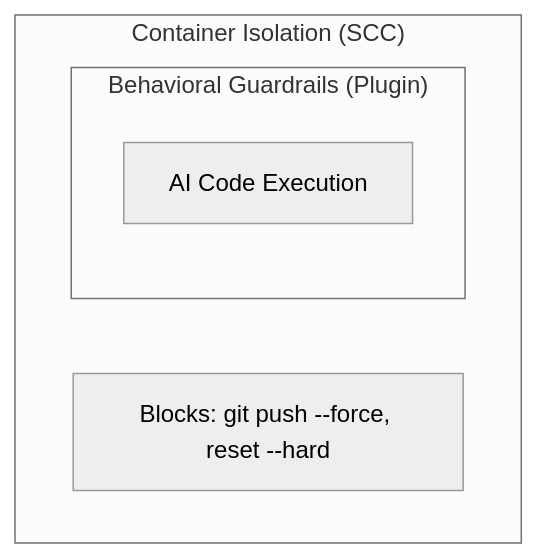
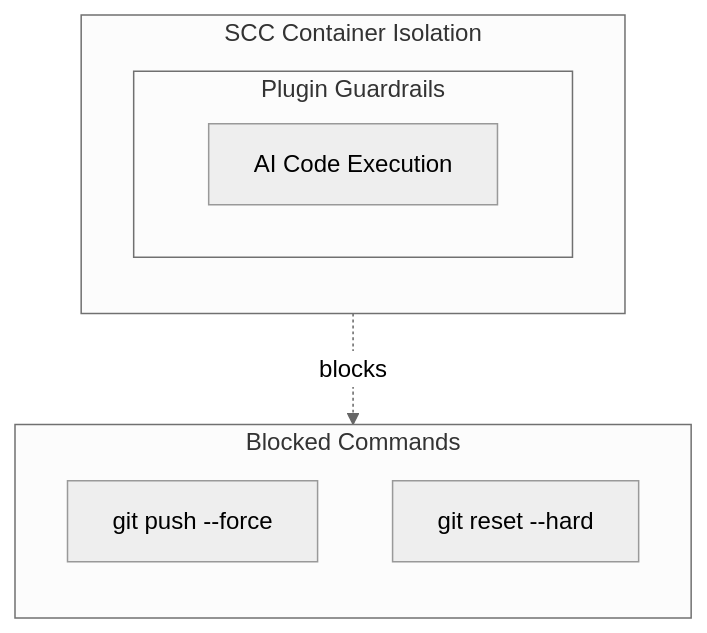
One commit to CCimen/sandboxed-code-plugins changed the diagram in README.md. Above: the diagram before and after it, drawn with Mermaid (neutral theme).

Commit message:
docs: improve defense-in-depth Mermaid diagram
- Use nested subgraphs to show layered wrapping
- Remove emojis for professional aesthetic
- Blocked commands in separate subgraph with individual nodes
- TB flow visualizes containment hierarchy
- Theme-safe: relies on GitHub defaults

````diff
--- a/README.md
+++ b/README.md
@@ -86,9 +86,17 @@
 ```mermaid
 flowchart TB
-    subgraph SCC["Container Isolation (SCC)"]
-        subgraph Plugin["Behavioral Guardrails (Plugin)"]
+    subgraph SCC ["SCC Container Isolation"]
+        direction TB
+        subgraph Plugin ["Plugin Guardrails"]
             AI["AI Code Execution"]
         end
-        Blocks["Blocks: git push --force, reset --hard"]
     end
+
+    subgraph Blocked ["Blocked Commands"]
+        direction TB
+        FP["git push --force"]
+        RH["git reset --hard"]
+    end
+
+    Plugin -.->|blocks| Blocked
 ```
````
